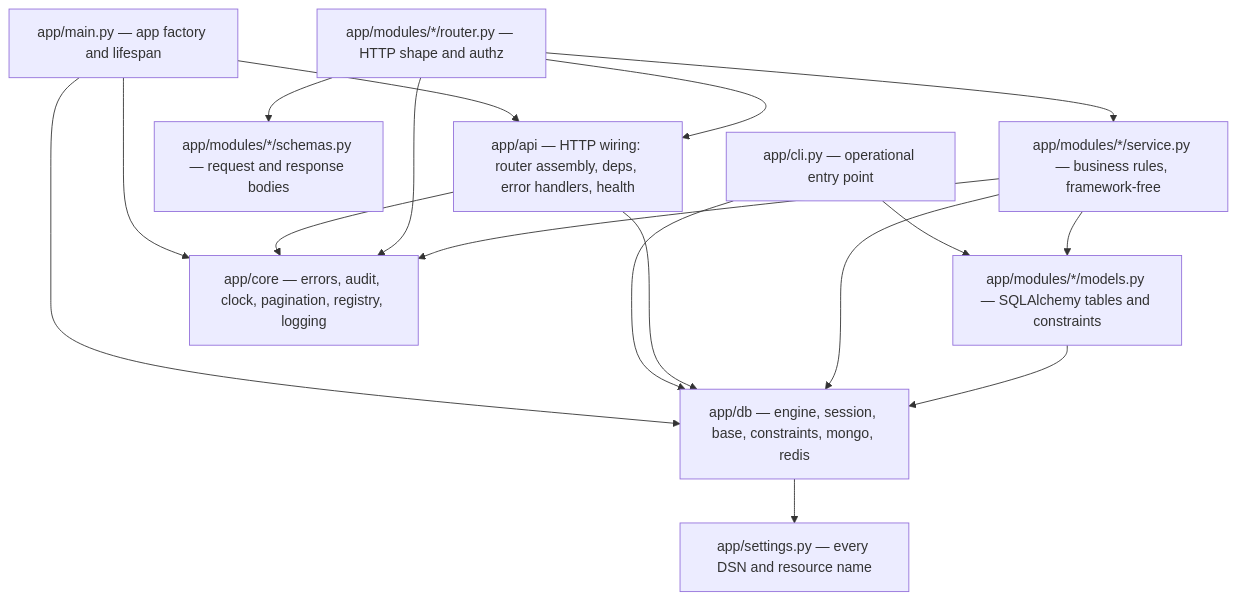
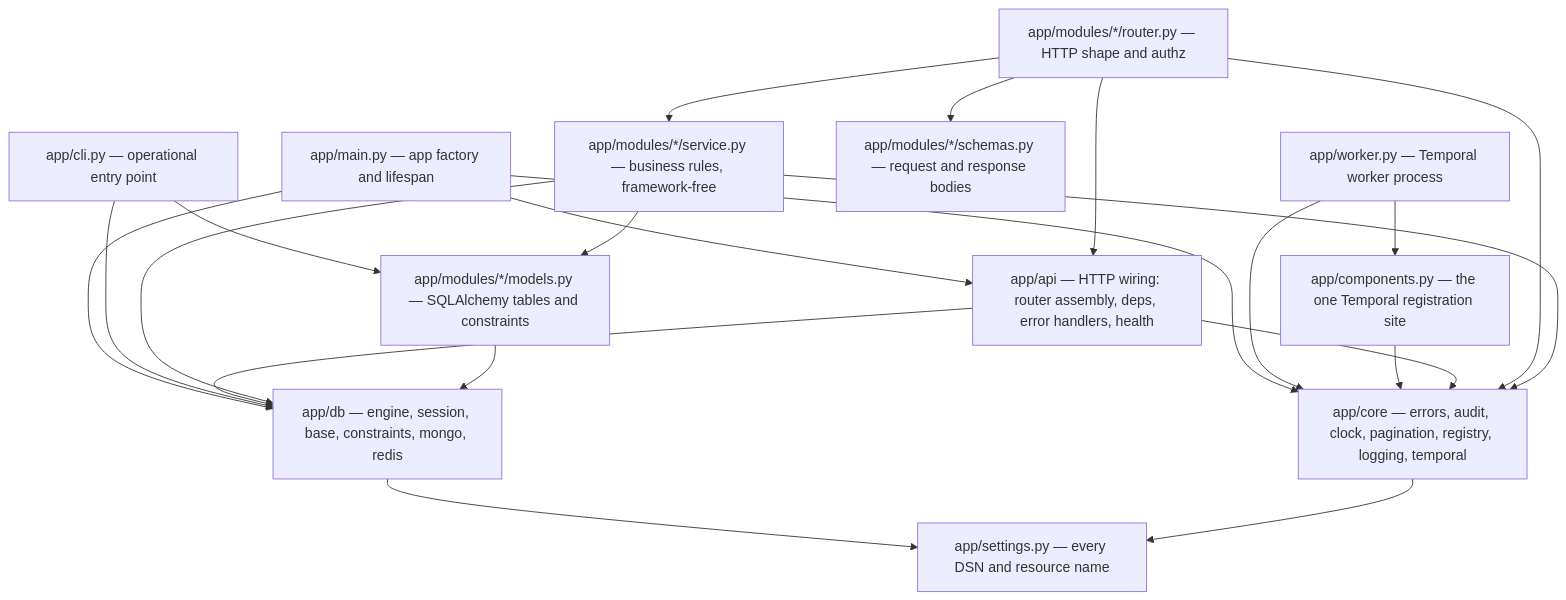
Before and after one commit to sadainiqrar/smarthealth: the first of 8 diagrams in docs/ARCHITECTURE.md, drawn with Mermaid. The commit also changed other lines of this file and 3 other files, not shown here.

First line of the commit message:
docs: record the Temporal worker and the harness requirements it satisfies

````diff
--- a/docs/ARCHITECTURE.md
+++ b/docs/ARCHITECTURE.md
@@ -89,30 +94,36 @@
 ```mermaid
 flowchart TD
     main["app/main.py — app factory and lifespan"]
     cli["app/cli.py — operational entry point"]
+    worker["app/worker.py — Temporal worker process"]
+    components["app/components.py — the one Temporal registration site"]
     api["app/api — HTTP wiring: router assembly, deps, error handlers, health"]
     routers["app/modules/*/router.py — HTTP shape and authz"]
     schemas["app/modules/*/schemas.py — request and response bodies"]
     services["app/modules/*/service.py — business rules, framework-free"]
     models["app/modules/*/models.py — SQLAlchemy tables and constraints"]
     db["app/db — engine, session, base, constraints, mongo, redis"]
-    core["app/core — errors, audit, clock, pagination, registry, logging"]
+    core["app/core — errors, audit, clock, pagination, registry, logging, temporal"]
     settings["app/settings.py — every DSN and resource name"]
 
     main --> api
     main --> db
     main --> core
     cli --> db
     cli --> models
+    worker --> components
+    worker --> core
+    components --> core
     api --> core
     api --> db
     routers --> schemas
     routers --> services
     routers --> api
     routers --> core
     services --> models
     services --> core
     services --> db
     models --> db
     db --> settings
+    core --> settings
 ```
````
